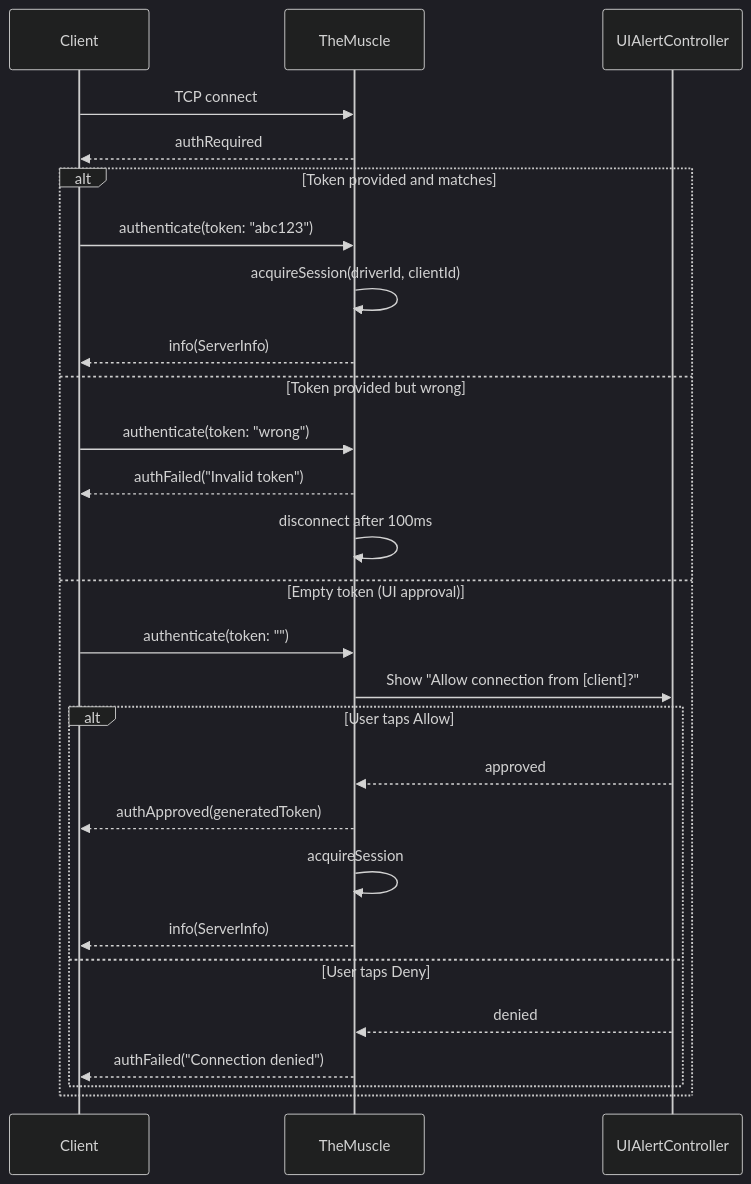
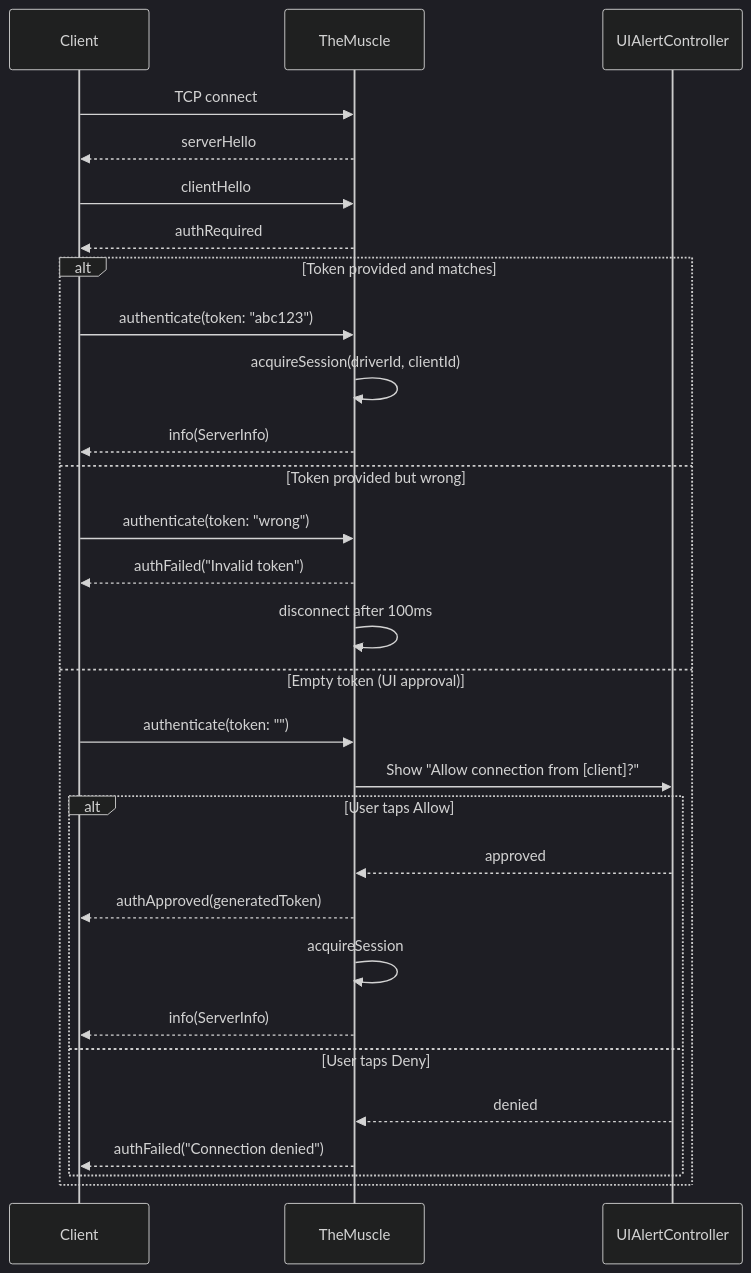
The second of 3 diagrams in docs/dossiers/06-THEMUSCLE.md (RoyalPineapple/TheButtonHeist), drawn with Mermaid (dark theme) before and after one commit. The commit also changed other lines of this file and 30 other files, not shown here.

````diff
--- a/docs/dossiers/06-THEMUSCLE.md
+++ b/docs/dossiers/06-THEMUSCLE.md
@@ -45,31 +47,33 @@
 ```mermaid
 sequenceDiagram
     participant C as Client
     participant M as TheMuscle
     participant UI as UIAlertController
 
     C->>M: TCP connect
+    M-->>C: serverHello
+    C->>M: clientHello
     M-->>C: authRequired
 
     alt Token provided and matches
         C->>M: authenticate(token: "abc123")
         M->>M: acquireSession(driverId, clientId)
         M-->>C: info(ServerInfo)
     else Token provided but wrong
         C->>M: authenticate(token: "wrong")
         M-->>C: authFailed("Invalid token")
         M->>M: disconnect after 100ms
     else Empty token (UI approval)
         C->>M: authenticate(token: "")
         M->>UI: Show "Allow connection from [client]?"
         alt User taps Allow
             UI-->>M: approved
             M-->>C: authApproved(generatedToken)
             M->>M: acquireSession
             M-->>C: info(ServerInfo)
         else User taps Deny
             UI-->>M: denied
             M-->>C: authFailed("Connection denied")
         end
     end
 ```
````
